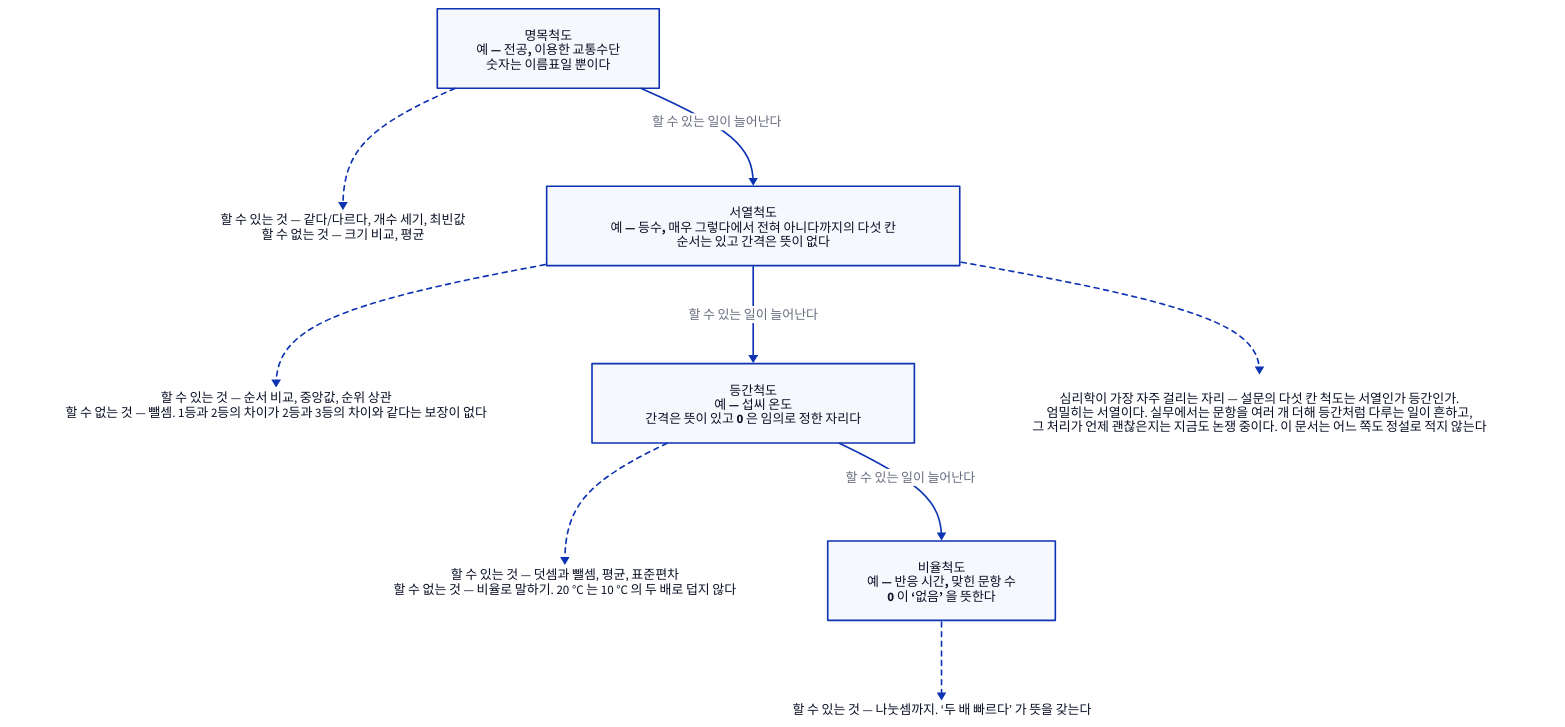
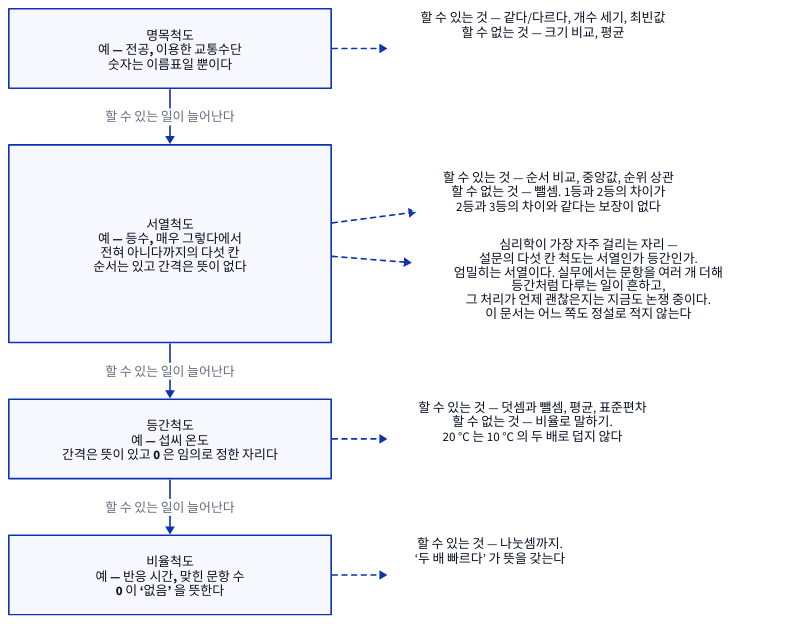
The diagram in d2/psychology/psy-m-scale-levels.d2 (Dong-gi/Dong-gi.github.io), drawn with D2 before and after one commit. The commit also changed 295 other files, not shown here.

```diff
--- a/d2/psychology/psy-m-scale-levels.d2
+++ b/d2/psychology/psy-m-scale-levels.d2
@@ -1,41 +1,55 @@
 # 척도의 네 수준 — 심리학 5장.
 #
-# 무엇을 읽어야 하나: 오른쪽으로 갈수록 숫자로 할 수 있는 일이 늘어난다는 것.
-# 왼쪽 척도의 값에 오른쪽 척도의 연산을 하면 뜻 없는 수가 나온다.
-direction: down
+# 무엇을 읽어야 하나: 아래(비율 쪽)로 갈수록 숫자로 할 수 있는 일이 늘어난다는 것.
+# 위쪽 척도의 값에 아래쪽 척도의 연산을 하면 뜻 없는 수가 나온다.
+#
+# 배치: 2칸 × 4줄. 첫 칸에 명목 → 서열 → 등간 → 비율을 위에서 아래로 두고, 각 척도의 메모를
+# 같은 줄 둘째 칸에 둔다. 서열 줄의 둘째 칸에는 서열 메모와 그 아래 논쟁 메모를 함께 묶었다.
+grid-rows: 4
+grid-columns: 2
+horizontal-gap: 70
+vertical-gap: 70
 
 명목: {
   label: "명목척도\n예 — 전공, 이용한 교통수단\n숫자는 이름표일 뿐이다"
   style.bold: true
 }
 명목말: { label: "할 수 있는 것 — 같다/다르다, 개수 세기, 최빈값\n할 수 없는 것 — 크기 비교, 평균"; shape: text }
-명목 -> 명목말: { style.stroke-dash: 3 }
 
 서열: {
-  label: "서열척도\n예 — 등수, 매우 그렇다에서 전혀 아니다까지의 다섯 칸\n순서는 있고 간격은 뜻이 없다"
+  label: "서열척도\n예 — 등수, 매우 그렇다에서\n전혀 아니다까지의 다섯 칸\n순서는 있고 간격은 뜻이 없다"
   style.bold: true
 }
-서열말: { label: "할 수 있는 것 — 순서 비교, 중앙값, 순위 상관\n할 수 없는 것 — 뺄셈. 1등과 2등의 차이가 2등과 3등의 차이와 같다는 보장이 없다"; shape: text }
-서열 -> 서열말: { style.stroke-dash: 3 }
+서열쪽: {
+  label: ""
+  style.stroke: transparent
+  style.fill: transparent
+  grid-columns: 1
+  grid-gap: 30
+  서열말: { label: "할 수 있는 것 — 순서 비교, 중앙값, 순위 상관\n할 수 없는 것 — 뺄셈. 1등과 2등의 차이가\n2등과 3등의 차이와 같다는 보장이 없다"; shape: text }
+  논쟁: {
+    label: "심리학이 가장 자주 걸리는 자리 —\n설문의 다섯 칸 척도는 서열인가 등간인가.\n엄밀히는 서열이다. 실무에서는 문항을 여러 개 더해\n등간처럼 다루는 일이 흔하고,\n그 처리가 언제 괜찮은지는 지금도 논쟁 중이다.\n이 문서는 어느 쪽도 정설로 적지 않는다"
+    shape: text
+  }
+}
 
 등간: {
   label: "등간척도\n예 — 섭씨 온도\n간격은 뜻이 있고 0 은 임의로 정한 자리다"
   style.bold: true
 }
-등간말: { label: "할 수 있는 것 — 덧셈과 뺄셈, 평균, 표준편차\n할 수 없는 것 — 비율로 말하기. 20 °C 는 10 °C 의 두 배로 덥지 않다"; shape: text }
-등간 -> 등간말: { style.stroke-dash: 3 }
+등간말: { label: "할 수 있는 것 — 덧셈과 뺄셈, 평균, 표준편차\n할 수 없는 것 — 비율로 말하기.\n20 °C 는 10 °C 의 두 배로 덥지 않다"; shape: text }
 
 비율: {
   label: "비율척도\n예 — 반응 시간, 맞힌 문항 수\n0 이 ‘없음’ 을 뜻한다"
   style.bold: true
 }
-비율말: { label: "할 수 있는 것 — 나눗셈까지. ‘두 배 빠르다’ 가 뜻을 갖는다"; shape: text }
+비율말: { label: "할 수 있는 것 — 나눗셈까지.\n‘두 배 빠르다’ 가 뜻을 갖는다"; shape: text }
+
+명목 -> 명목말: { style.stroke-dash: 3 }
+서열 -> 서열쪽.서열말: { style.stroke-dash: 3 }
+등간 -> 등간말: { style.stroke-dash: 3 }
 비율 -> 비율말: { style.stroke-dash: 3 }
 
 명목 -> 서열 -> 등간 -> 비율: "할 수 있는 일이 늘어난다"
 
-논쟁: {
-  label: "　\n심리학이 가장 자주 걸리는 자리 — 설문의 다섯 칸 척도는 서열인가 등간인가.\n엄밀히는 서열이다. 실무에서는 문항을 여러 개 더해 등간처럼 다루는 일이 흔하고,\n그 처리가 언제 괜찮은지는 지금도 논쟁 중이다. 이 문서는 어느 쪽도 정설로 적지 않는다"
-  shape: text
-}
-서열 -> 논쟁: { style.stroke-dash: 3 }
+서열 -> 서열쪽.논쟁: { style.stroke-dash: 3 }
```
